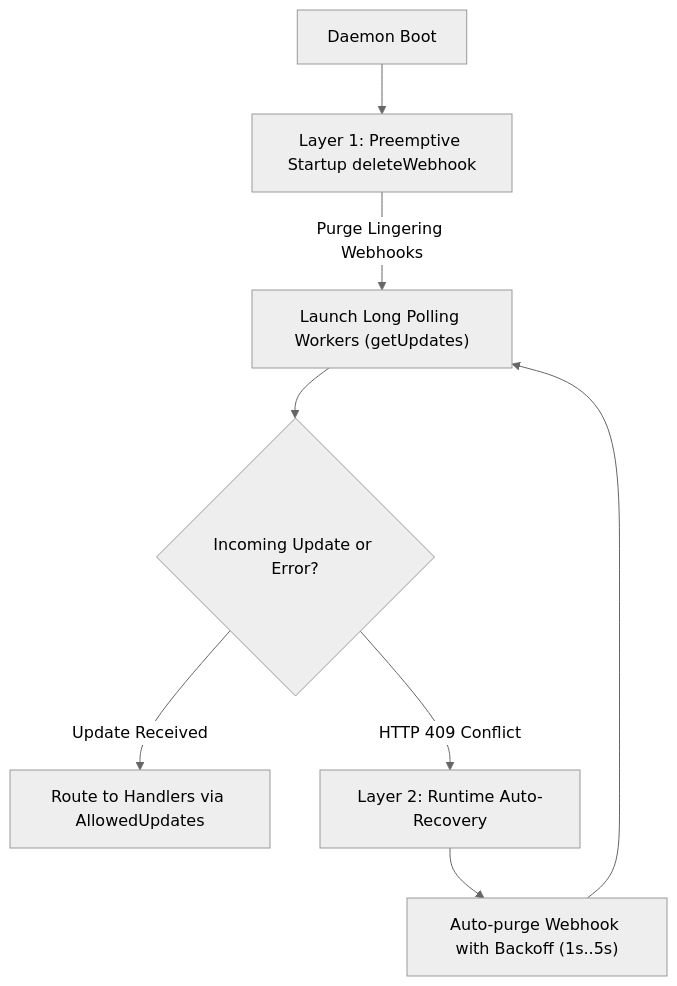
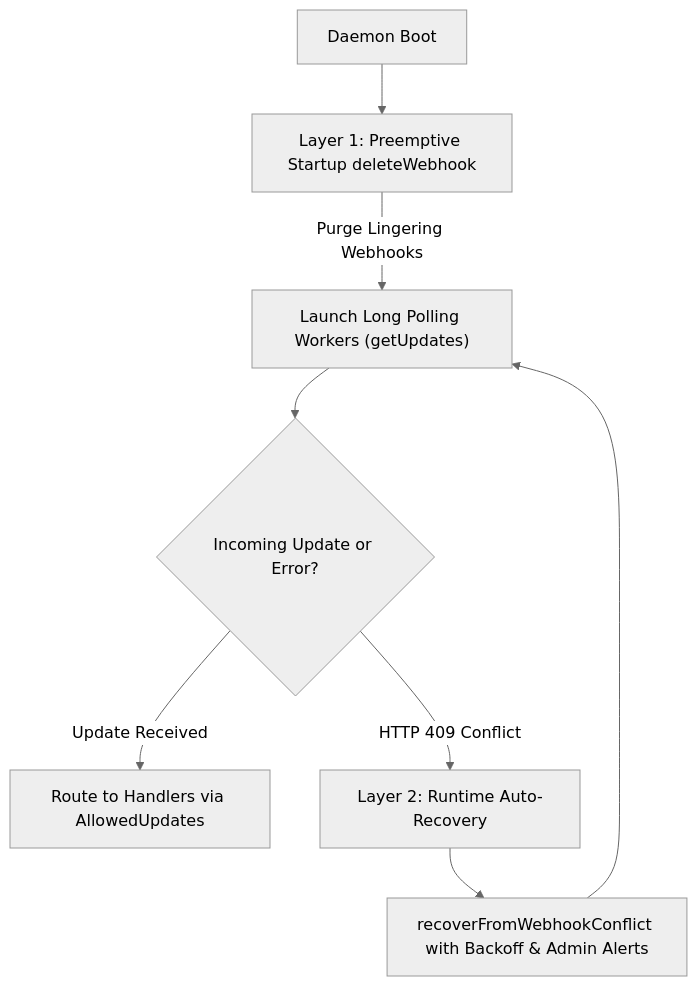
Before and after one commit to TheNovaNodes/antigravity-telegram-agent: the seventh of 9 diagrams in docs/ARCHITECTURE.md, drawn with Mermaid (neutral theme). The commit also changed other lines of this file and 5 other files, not shown here.

Commit message:
docs(architecture): comprehensive documentation synchronization with code invariants (#309)

````diff
--- a/docs/ARCHITECTURE.md
+++ b/docs/ARCHITECTURE.md
@@ -346,10 +346,10 @@
 ```mermaid
 flowchart TD
     Start[Daemon Boot] --> Layer1["Layer 1: Preemptive Startup deleteWebhook"]
     Layer1 -->|Purge Lingering Webhooks| Polling["Launch Long Polling Workers (getUpdates)"]
     Polling --> UpdateCheck{Incoming Update or Error?}
     UpdateCheck -->|Update Received| Dispatch[Route to Handlers via AllowedUpdates]
     UpdateCheck -->|HTTP 409 Conflict| Layer2["Layer 2: Runtime Auto-Recovery"]
-    Layer2 --> Purge["Auto-purge Webhook with Backoff (1s..5s)"]
+    Layer2 --> Purge["recoverFromWebhookConflict with Backoff & Admin Alerts"]
     Purge --> Polling
 ```
````
